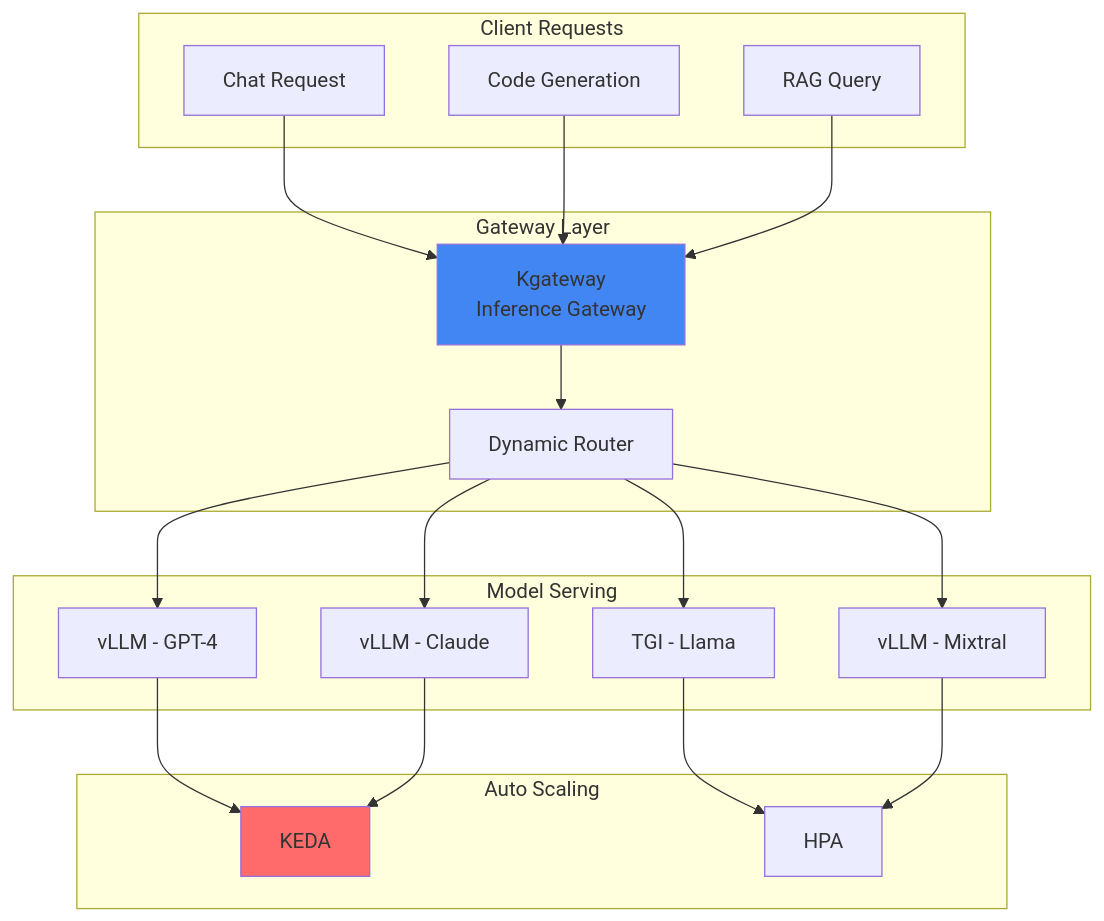
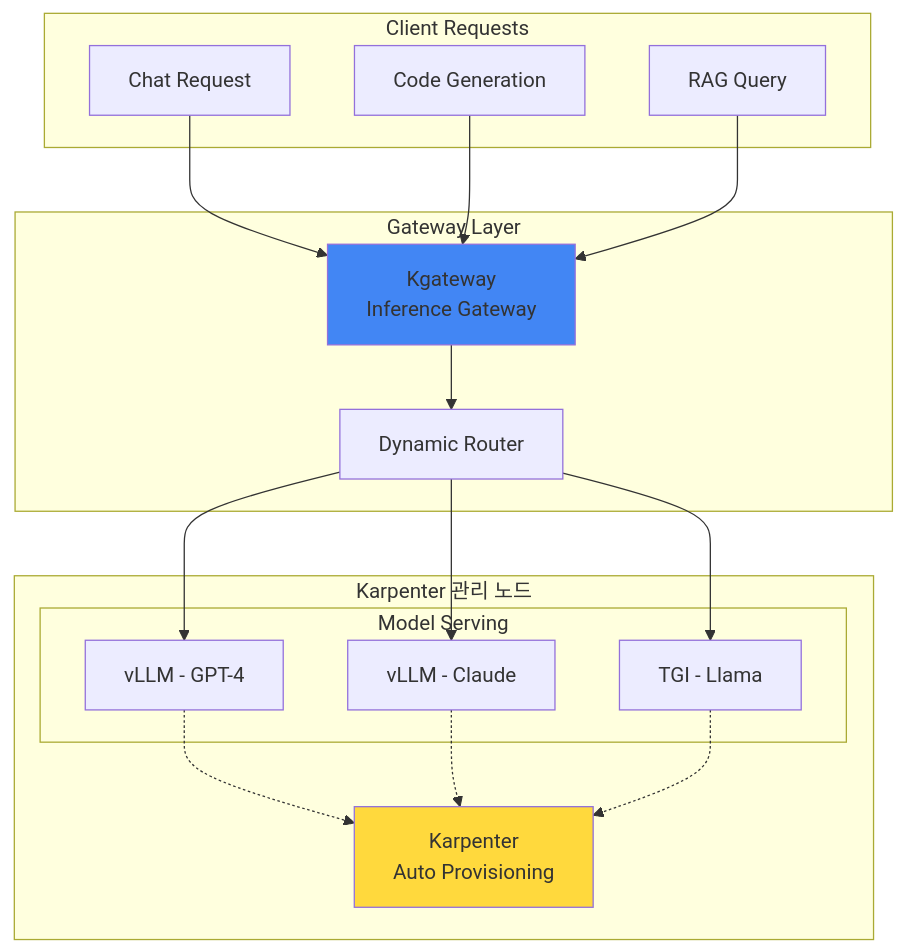
One commit to devfloor9/engineering-playbook changed the fourth of 9 diagrams in docs/genai-aiml/agentic-ai-challenges.md. Above: the diagram before and after it, drawn with Mermaid. The commit also changed other lines of this file and 11 other files, not shown here.

````diff
--- a/docs/genai-aiml/agentic-ai-challenges.md
+++ b/docs/genai-aiml/agentic-ai-challenges.md
@@ -178,41 +271,34 @@
 ```mermaid
 graph TB
     subgraph "Client Requests"
         REQ1["Chat Request"]
         REQ2["Code Generation"]
         REQ3["RAG Query"]
     end
-    
+
     subgraph "Gateway Layer"
         GW["Kgateway<br/>Inference Gateway"]
         ROUTE["Dynamic Router"]
     end
-    
-    subgraph "Model Serving"
-        M1["vLLM - GPT-4"]
-        M2["vLLM - Claude"]
-        M3["TGI - Llama"]
-        M4["vLLM - Mixtral"]
+
+    subgraph "Karpenter 관리 노드"
+        subgraph "Model Serving"
+            M1["vLLM - GPT-4"]
+            M2["vLLM - Claude"]
+            M3["TGI - Llama"]
+        end
+        KARP["Karpenter<br/>Auto Provisioning"]
     end
-    
-    subgraph "Auto Scaling"
-        KEDA["KEDA"]
-        HPA["HPA"]
-    end
-    
+
     REQ1 --> GW
     REQ2 --> GW
     REQ3 --> GW
     GW --> ROUTE
     ROUTE --> M1
     ROUTE --> M2
     ROUTE --> M3
-    ROUTE --> M4
-    M1 --> KEDA
-    M2 --> KEDA
-    M3 --> HPA
-    M4 --> HPA
-    
+    M1 & M2 & M3 -.-> KARP
+
+    style KARP fill:#ffd93d
     style GW fill:#4286f4
-    style KEDA fill:#ff6b6b
 ```
````
